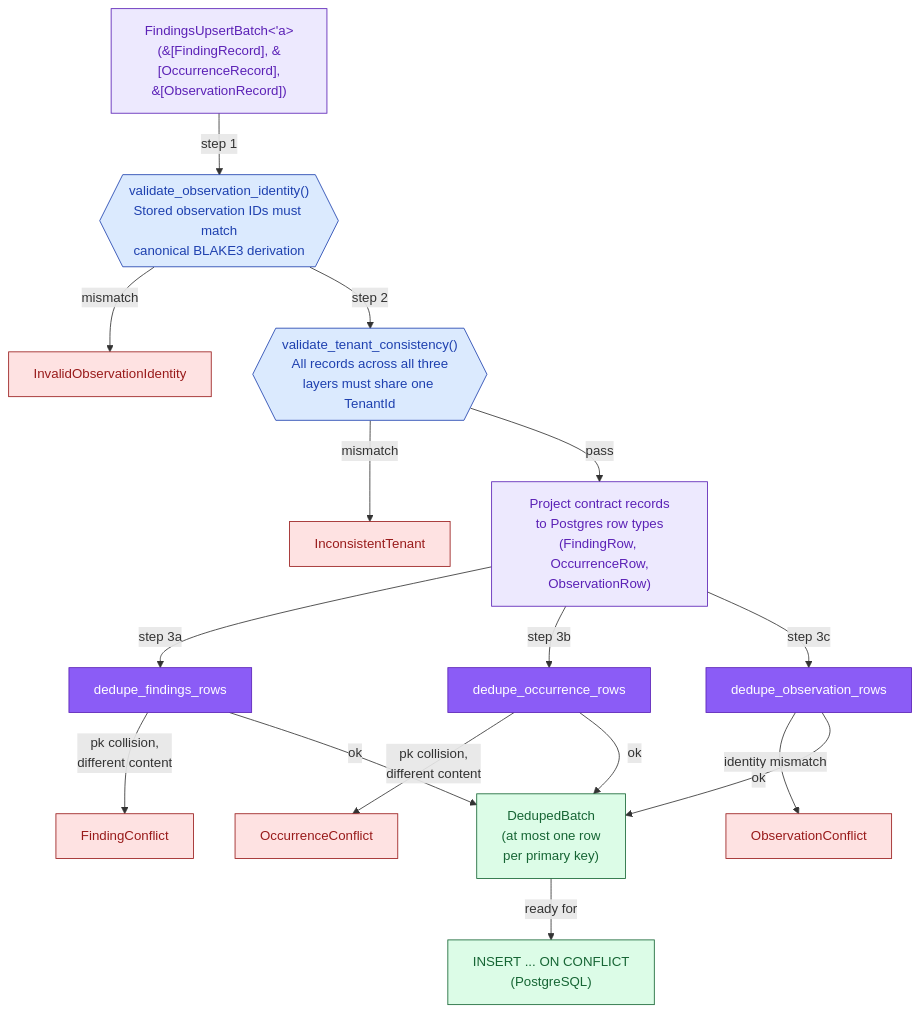
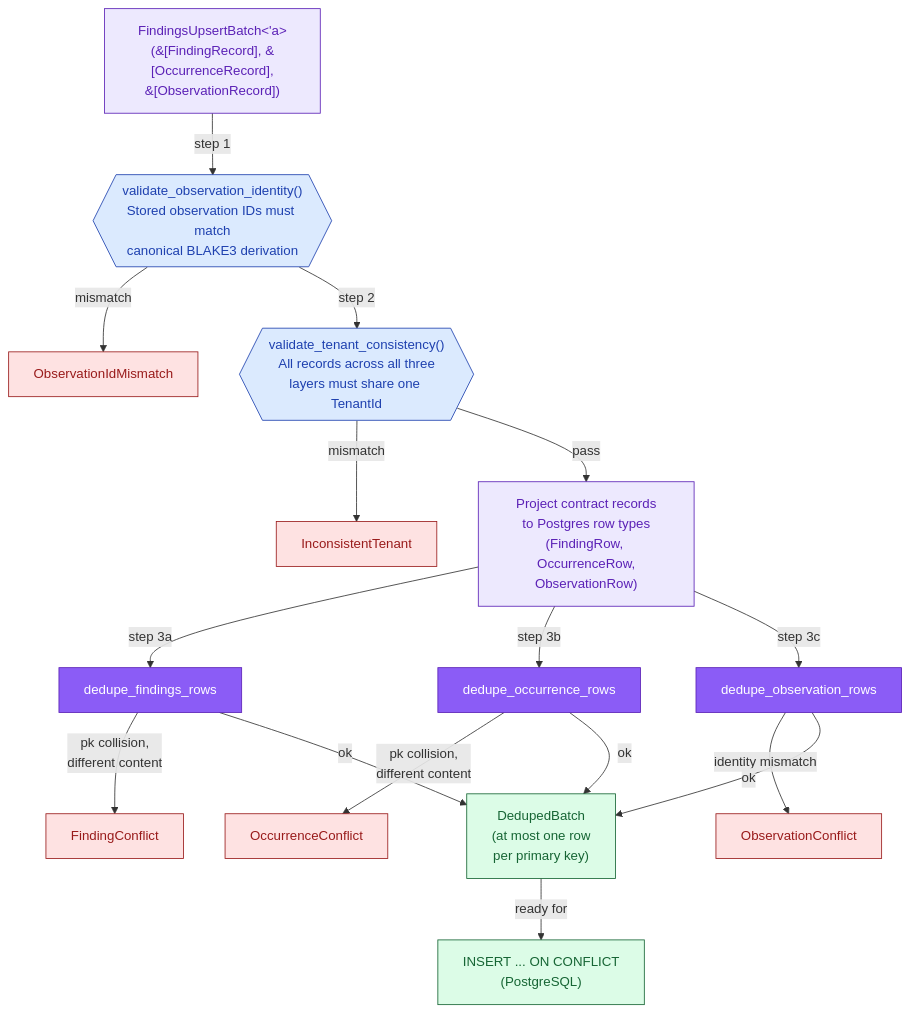
Before and after one commit to ahrav/Gossip-rs: the first of 5 diagrams in diagrams/21-findings-postgres-dedup.md, drawn with Mermaid. The commit also changed other lines of this file, not shown here.

Commit message:
docs: audit drift fixes [batch-87]
Auto-fix file inventories, type counts, identifier renames, and
cross-references for batch-87 boundary docs.

````diff
--- a/diagrams/21-findings-postgres-dedup.md
+++ b/diagrams/21-findings-postgres-dedup.md
@@ -43,46 +43,46 @@
 ```mermaid
 %% Diagram: project-and-dedupe-pipeline
 flowchart TB
     input["FindingsUpsertBatch&lt;'a&gt;<br/>(&amp;[FindingRecord], &amp;[OccurrenceRecord],<br/>&amp;[ObservationRecord])"]
 
     input -->|"step 1"| validate-obs
     validate-obs{{"validate_observation_identity()<br/>Stored observation IDs must match<br/>canonical BLAKE3 derivation"}}
-    validate-obs -->|"mismatch"| err-obs["InvalidObservationIdentity"]
+    validate-obs -->|"mismatch"| err-obs["ObservationIdMismatch"]
     validate-obs -->|"step 2"| validate-tenant
 
     validate-tenant{{"validate_tenant_consistency()<br/>All records across all three<br/>layers must share one TenantId"}}
     validate-tenant -->|"mismatch"| err-tenant["InconsistentTenant"]
     validate-tenant -->|"pass"| project
 
     project["Project contract records<br/>to Postgres row types<br/>(FindingRow, OccurrenceRow,<br/>ObservationRow)"]
 
     project -->|"step 3a"| dedupe-f["dedupe_findings_rows"]
     project -->|"step 3b"| dedupe-o["dedupe_occurrence_rows"]
     project -->|"step 3c"| dedupe-obs["dedupe_observation_rows"]
 
     dedupe-f -->|"pk collision,<br/>different content"| err-fc["FindingConflict"]
     dedupe-o -->|"pk collision,<br/>different content"| err-oc["OccurrenceConflict"]
     dedupe-obs -->|"identity mismatch"| err-obsc["ObservationConflict"]
 
     dedupe-f -->|"ok"| result
     dedupe-o -->|"ok"| result
     dedupe-obs -->|"ok"| result
 
     result["DedupedBatch<br/>(at most one row<br/>per primary key)"]
     result -->|"ready for"| sql["INSERT ... ON CONFLICT<br/>(PostgreSQL)"]
 
     style input fill:#EDE9FE,stroke:#5B21B6,color:#5B21B6
     style validate-obs fill:#DBEAFE,stroke:#1E40AF,color:#1E40AF
     style validate-tenant fill:#DBEAFE,stroke:#1E40AF,color:#1E40AF
     style project fill:#EDE9FE,stroke:#5B21B6,color:#5B21B6
     style dedupe-f fill:#8B5CF6,stroke:#5B21B6,color:#FFF
     style dedupe-o fill:#8B5CF6,stroke:#5B21B6,color:#FFF
     style dedupe-obs fill:#8B5CF6,stroke:#5B21B6,color:#FFF
     style result fill:#DCFCE7,stroke:#166534,color:#166534
     style sql fill:#DCFCE7,stroke:#166534,color:#166534
     style err-obs fill:#FEE2E2,stroke:#991B1B,color:#991B1B
     style err-tenant fill:#FEE2E2,stroke:#991B1B,color:#991B1B
     style err-fc fill:#FEE2E2,stroke:#991B1B,color:#991B1B
     style err-oc fill:#FEE2E2,stroke:#991B1B,color:#991B1B
     style err-obsc fill:#FEE2E2,stroke:#991B1B,color:#991B1B
 ```
````
